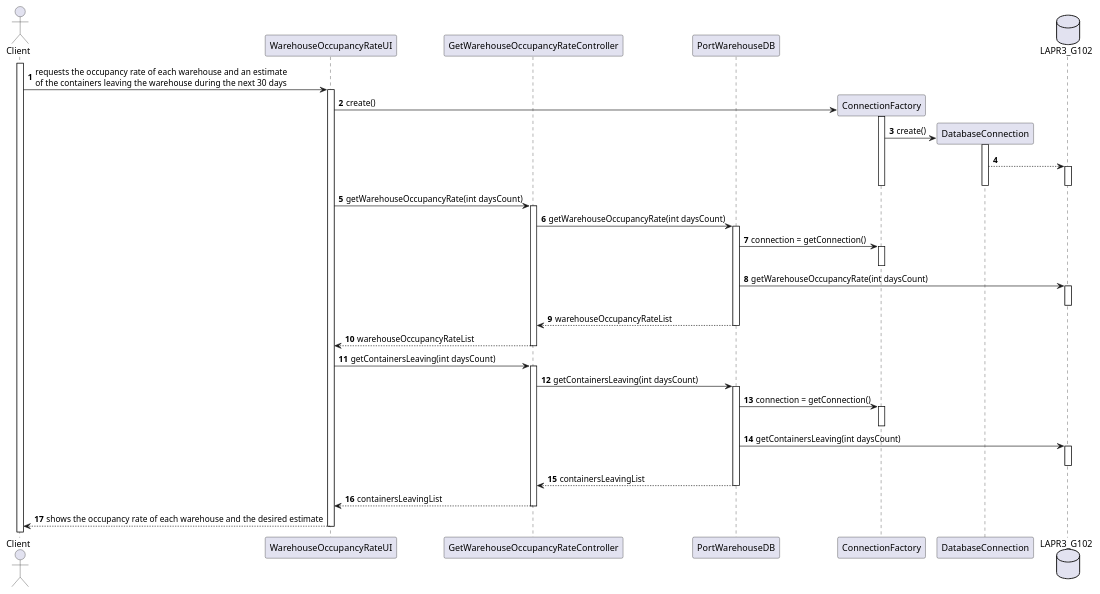
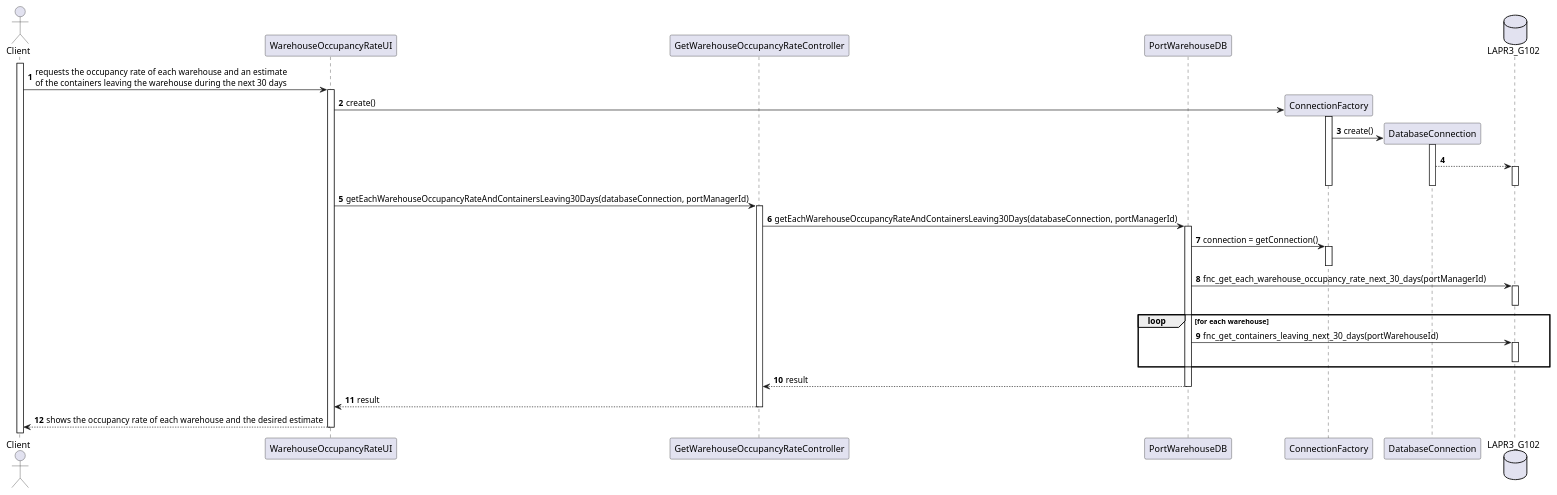
The diagram in docs/Sprint3/US306/US306_SD.puml (mpoboas/lapr3-2021-g102), drawn with PlantUML before and after one commit. The commit also changed 1 other file, not shown here.

```diff
--- a/docs/Sprint3/US306/US306_SD.puml
+++ b/docs/Sprint3/US306/US306_SD.puml
@@ -1,65 +1,54 @@
 @startuml
 autonumber
 'hide footbox
 
 actor "Client" as CL
 
 participant "WarehouseOccupancyRateUI" as UI
 participant "GetWarehouseOccupancyRateController" as CTRL
 participant "PortWarehouseDB" as PORTWDB
 participant ConnectionFactory as CF
 participant DatabaseConnection as DC
 database LAPR3_G102 as DB
 
 activate CL
 CL -> UI : requests the occupancy rate of each warehouse and an estimate\nof the containers leaving the warehouse during the next 30 days
 activate UI
 
 UI -> CF** : create()
 activate CF
 CF -> DC** : create()
 activate DC
 DC --> DB
 activate DB
 deactivate DB
 deactivate DC
 deactivate CF
 
-UI -> CTRL : getWarehouseOccupancyRate(int daysCount)
+UI -> CTRL : getEachWarehouseOccupancyRateAndContainersLeaving30Days(databaseConnection, portManagerId)
 activate CTRL
-CTRL -> PORTWDB : getWarehouseOccupancyRate(int daysCount)
+CTRL -> PORTWDB : getEachWarehouseOccupancyRateAndContainersLeaving30Days(databaseConnection, portManagerId)
 activate PORTWDB
 
 PORTWDB -> CF : connection = getConnection()
 activate CF
 deactivate CF
 
-PORTWDB -> DB : getWarehouseOccupancyRate(int daysCount)
+PORTWDB -> DB : fnc_get_each_warehouse_occupancy_rate_next_30_days(portManagerId)
 activate DB
 deactivate DB
-PORTWDB --> CTRL : warehouseOccupancyRateList
+loop for each warehouse
+PORTWDB -> DB : fnc_get_containers_leaving_next_30_days(portWarehouseId)
+activate DB
+deactivate DB
+end
+
+PORTWDB --> CTRL : result
 deactivate PORTWDB
 deactivate PORTWDB
-CTRL --> UI : warehouseOccupancyRateList
+CTRL --> UI : result
 deactivate CTRL
 
-UI -> CTRL : getContainersLeaving(int daysCount)
-activate CTRL
-CTRL -> PORTWDB : getContainersLeaving(int daysCount)
-activate PORTWDB
-
-PORTWDB -> CF : connection = getConnection()
-activate CF
-deactivate CF
-
-PORTWDB -> DB : getContainersLeaving(int daysCount)
-activate DB
-deactivate DB
-PORTWDB --> CTRL : containersLeavingList
-deactivate PORTWDB
-deactivate PORTWDB
-CTRL --> UI : containersLeavingList
-deactivate CTRL
 UI --> CL : shows the occupancy rate of each warehouse and the desired estimate
 deactivate UI
 @enduml
```
